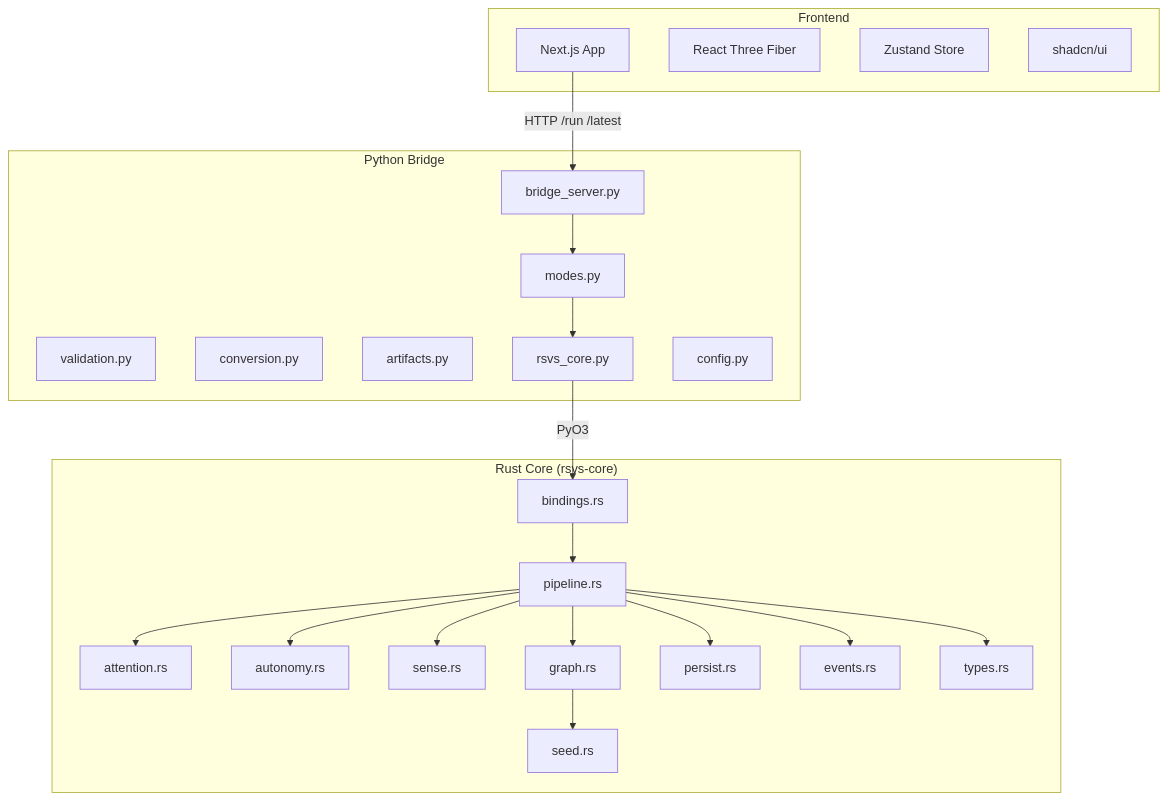
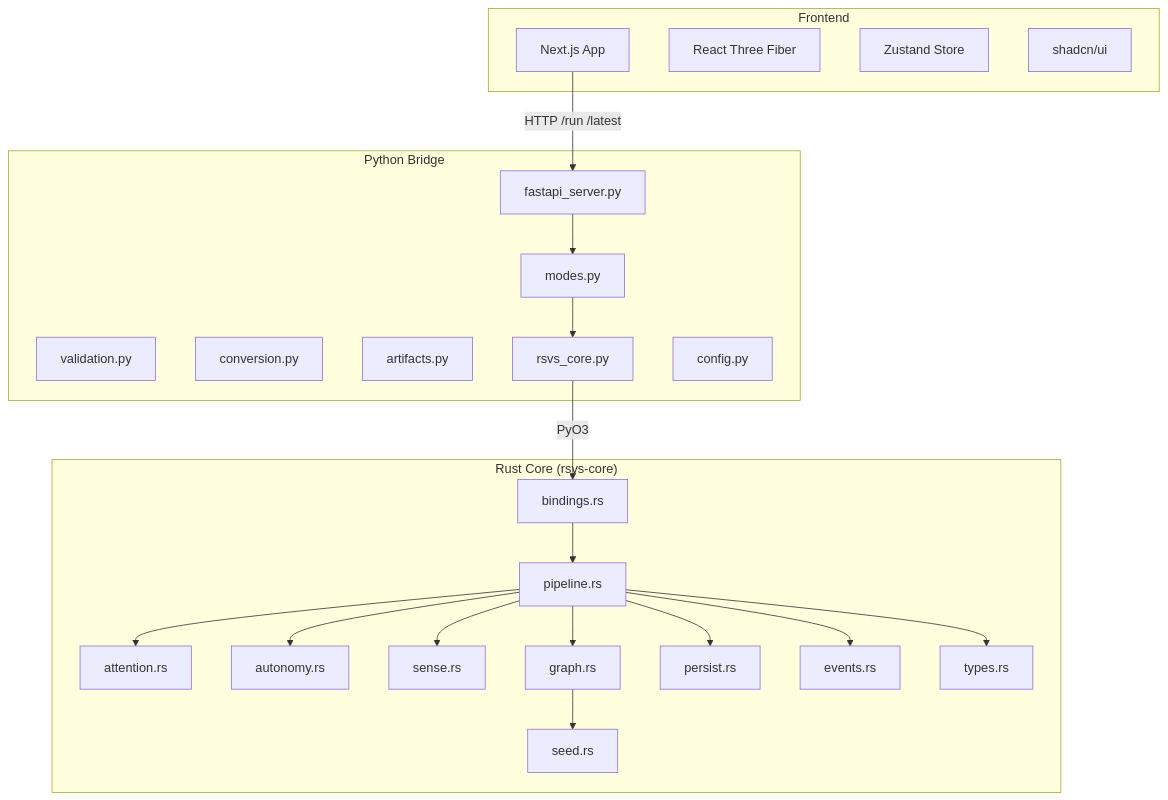
Before and after one commit to Wolfvin/AphantasicAbstractionModel: the first of 9 diagrams in docs/ARCHITECTURE.md, drawn with Mermaid. The commit also changed other lines of this file and 64 other files, not shown here.

````diff
--- a/docs/ARCHITECTURE.md
+++ b/docs/ARCHITECTURE.md
@@ -97,46 +97,46 @@
 ```mermaid
 graph TB
     subgraph Frontend
         FE[Next.js App]
         R3F[React Three Fiber]
         ZS[Zustand Store]
         UI[shadcn/ui]
     end
 
     subgraph Bridge["Python Bridge"]
-        BS[bridge_server.py]
+        BS[fastapi_server.py]
         MO[modes.py]
         VL[validation.py]
         CV[conversion.py]
         AR[artifacts.py]
         RC[rsvs_core.py]
         CF[config.py]
     end
 
     subgraph RustCore["Rust Core (rsvs-core)"]
         PL[pipeline.rs]
         AT[attention.rs]
         AU[autonomy.rs]
         SN[sense.rs]
         GR[graph.rs]
         SD[seed.rs]
         PS[persist.rs]
         EV[events.rs]
         TY[types.rs]
         BD[bindings.rs]
     end
 
     FE -->|HTTP /run /latest| BS
     BS --> MO
     MO --> RC
     RC -->|PyO3| BD
     BD --> PL
     PL --> AT
     PL --> AU
     PL --> SN
     PL --> GR
     GR --> SD
     PL --> PS
     PL --> EV
     PL --> TY
 ```
````
